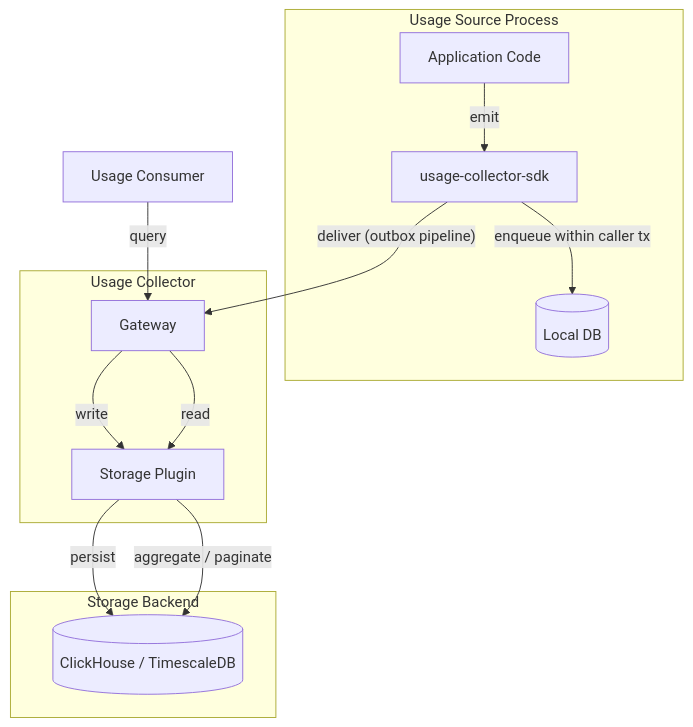
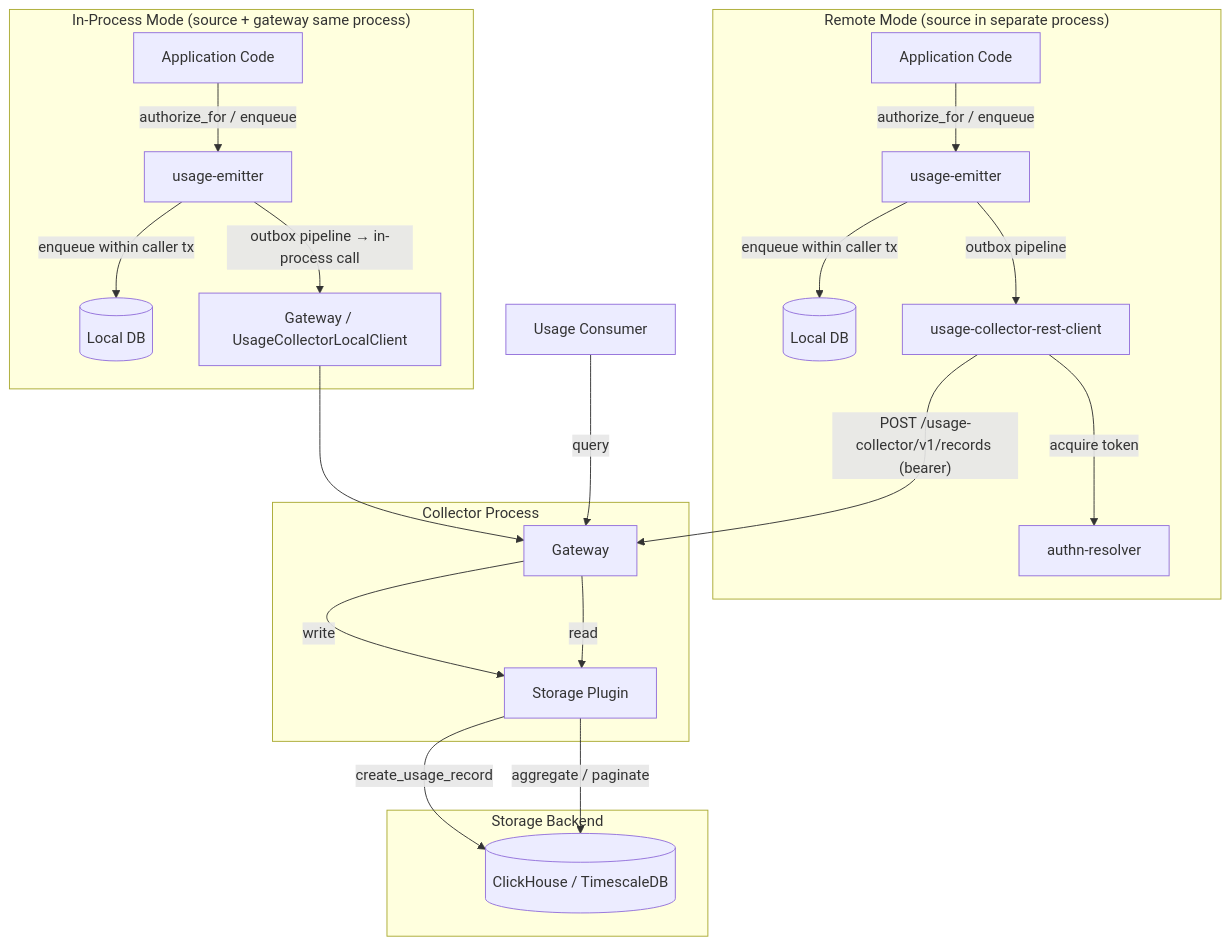
Before and after one commit to capybutler/cyberfabric-core: the first of 8 diagrams in modules/system/usage-collector/docs/DESIGN.md, drawn with Mermaid. The commit also changed other lines of this file and 18 other files, not shown here.

First line of the commit message:
feat(usage-collector): add SDK crate and design documentation

````diff
--- a/modules/system/usage-collector/docs/DESIGN.md
+++ b/modules/system/usage-collector/docs/DESIGN.md
@@ -252,28 +273,45 @@
 ```mermaid
 graph TD
-    subgraph Source["Usage Source Process"]
-        App[Application Code]
-        SDK[usage-collector-sdk]
-        LDB[(Local DB)]
+    subgraph InProcess["In-Process Mode (source + gateway same process)"]
+        App1[Application Code]
+        Emitter1[usage-emitter]
+        LDB1[(Local DB)]
+        GW1[Gateway / UsageCollectorLocalClient]
     end
 
-    subgraph Collector["Usage Collector"]
+    subgraph Remote["Remote Mode (source in separate process)"]
+        App2[Application Code]
+        Emitter2[usage-emitter]
+        LDB2[(Local DB)]
+        RC[usage-collector-rest-client]
+        AuthN[authn-resolver]
+    end
+
+    subgraph Collector["Collector Process"]
         GW[Gateway]
         Plugin[Storage Plugin]
     end
 
     subgraph Storage["Storage Backend"]
         DB[(ClickHouse / TimescaleDB)]
     end
 
     Consumer[Usage Consumer]
 
-    App -->|emit| SDK
-    SDK -->|enqueue within caller tx| LDB
-    SDK -->|"deliver (outbox pipeline)"| GW
+    App1 -->|"authorize_for / enqueue"| Emitter1
+    Emitter1 -->|enqueue within caller tx| LDB1
+    Emitter1 -->|"outbox pipeline → in-process call"| GW1
+    GW1 --> GW
+
+    App2 -->|"authorize_for / enqueue"| Emitter2
+    Emitter2 -->|enqueue within caller tx| LDB2
+    Emitter2 -->|outbox pipeline| RC
+    RC -->|acquire token| AuthN
+    RC -->|"POST /usage-collector/v1/records (bearer)"| GW
+
     GW -->|write| Plugin
-    Plugin -->|persist| DB
+    Plugin -->|create_usage_record| DB
     Consumer -->|query| GW
     GW -->|read| Plugin
     Plugin -->|aggregate / paginate| DB
 ```
````
